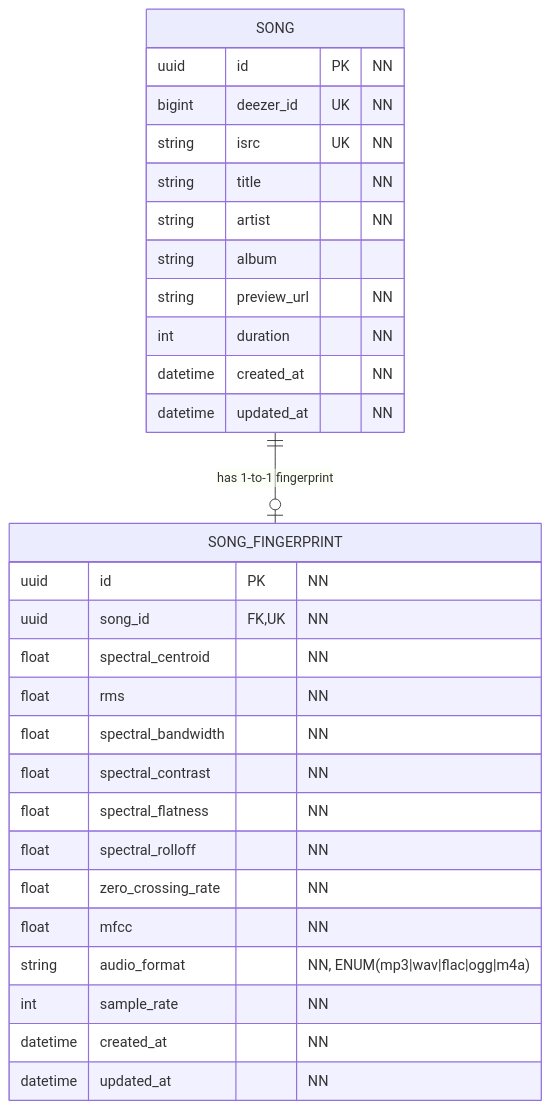
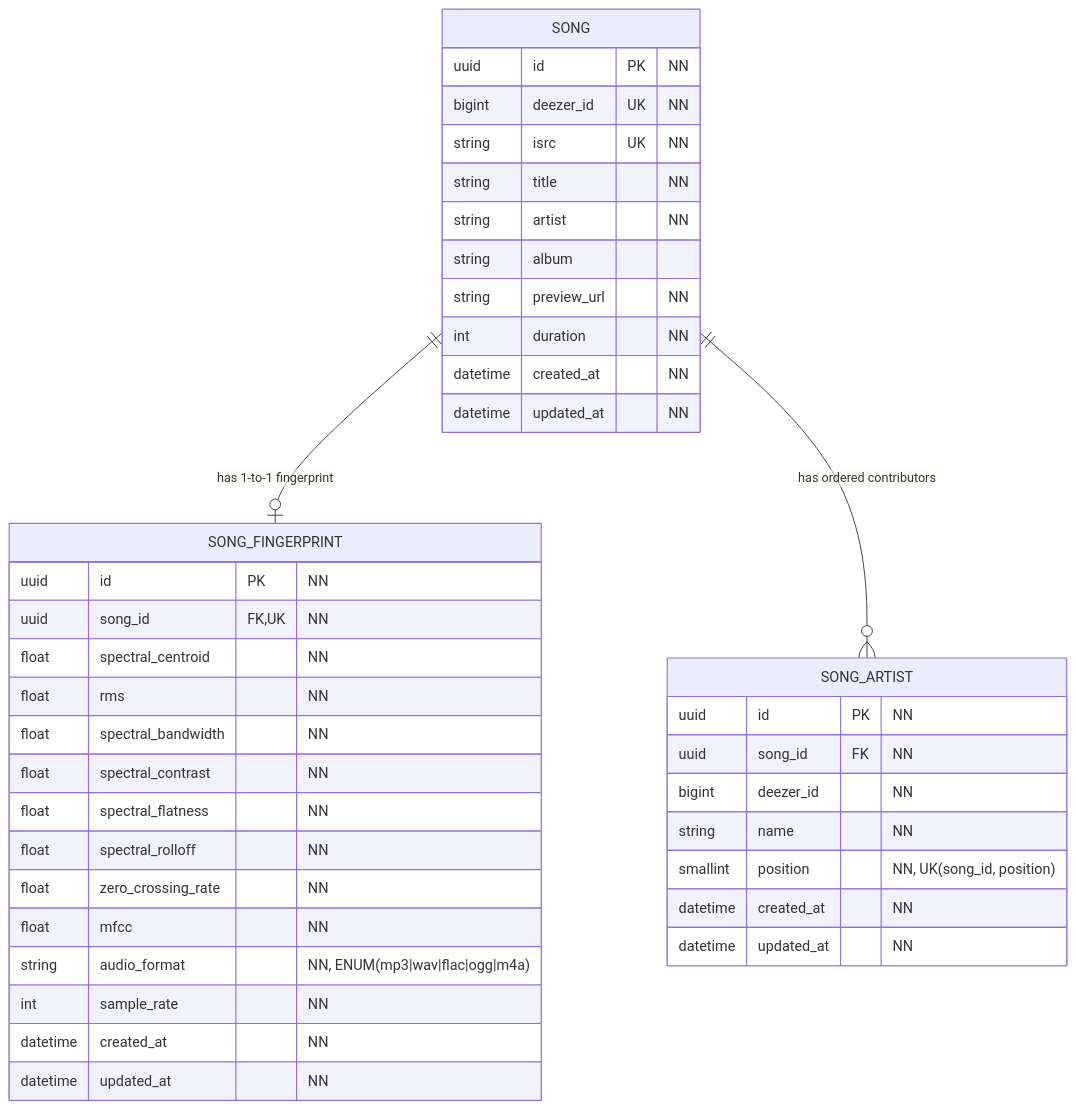
Before and after one commit to AhmedAl-Hayali/AgenticGenreGuru: the first of 2 diagrams in specs/001-song-fingerprint-engine/data-model.md, drawn with Mermaid. The commit also changed other lines of this file and 2 other files, not shown here.

Commit message:
docs(specs-data-model): capture new relation `song_artists`

````diff
--- a/specs/001-song-fingerprint-engine/data-model.md
+++ b/specs/001-song-fingerprint-engine/data-model.md
@@ -53,34 +73,45 @@
 ```mermaid
 erDiagram
     SONG ||--o| SONG_FINGERPRINT : "has 1-to-1 fingerprint"
+    SONG ||--o{ SONG_ARTIST : "has ordered contributors"
 
     SONG {
         uuid id PK "NN"
         bigint deezer_id UK "NN"
         string isrc UK "NN"
         string title "NN"
         string artist "NN"
         string album
         string preview_url "NN"
         int duration "NN"
         datetime created_at "NN"
         datetime updated_at "NN"
     }
 
     SONG_FINGERPRINT {
         uuid id PK "NN"
         uuid song_id FK, UK "NN"
         float spectral_centroid  "NN"
         float rms  "NN"
         float spectral_bandwidth  "NN"
         float spectral_contrast  "NN"
         float spectral_flatness  "NN"
         float spectral_rolloff  "NN"
         float zero_crossing_rate  "NN"
         float mfcc  "NN"
         string audio_format  "NN, ENUM(mp3|wav|flac|ogg|m4a)"
         int sample_rate  "NN"
         datetime created_at  "NN"
         datetime updated_at  "NN"
     }
+
+    SONG_ARTIST {
+        uuid id PK "NN"
+        uuid song_id FK "NN"
+        bigint deezer_id "NN"
+        string name "NN"
+        smallint position "NN, UK(song_id, position)"
+        datetime created_at "NN"
+        datetime updated_at "NN"
+    }
 ```
````
